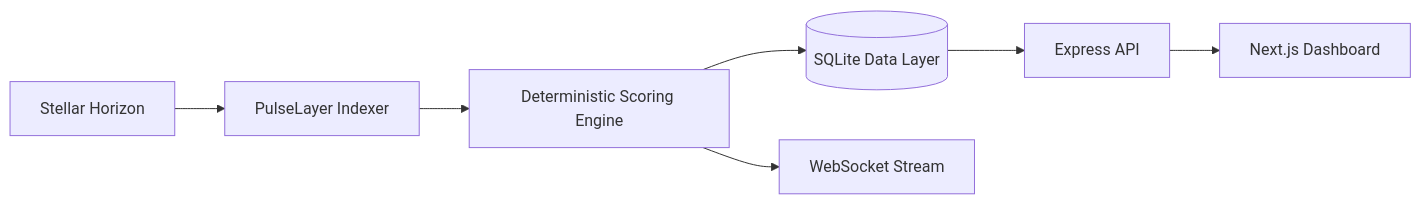
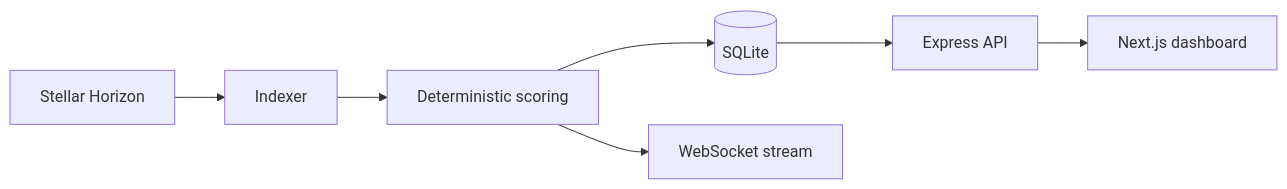
One commit to Cornelius128/Pulse-Layer changed the diagram in README.md. Above: the diagram before and after it, drawn with Mermaid. The commit also changed other lines of this file and 2 other files, not shown here.

````diff
--- a/README.md
+++ b/README.md
@@ -84,9 +43,9 @@
 ```mermaid
 flowchart LR
-    A[Stellar Horizon] --> B[PulseLayer Indexer]
-    B --> C[Deterministic Scoring Engine]
-    C --> D[(SQLite Data Layer)]
-    C --> E[WebSocket Stream]
+    A[Stellar Horizon] --> B[Indexer]
+    B --> C[Deterministic scoring]
+    C --> D[(SQLite)]
+    C --> E[WebSocket stream]
     D --> F[Express API]
-    F --> G[Next.js Dashboard]
+    F --> G[Next.js dashboard]
 ```
````
